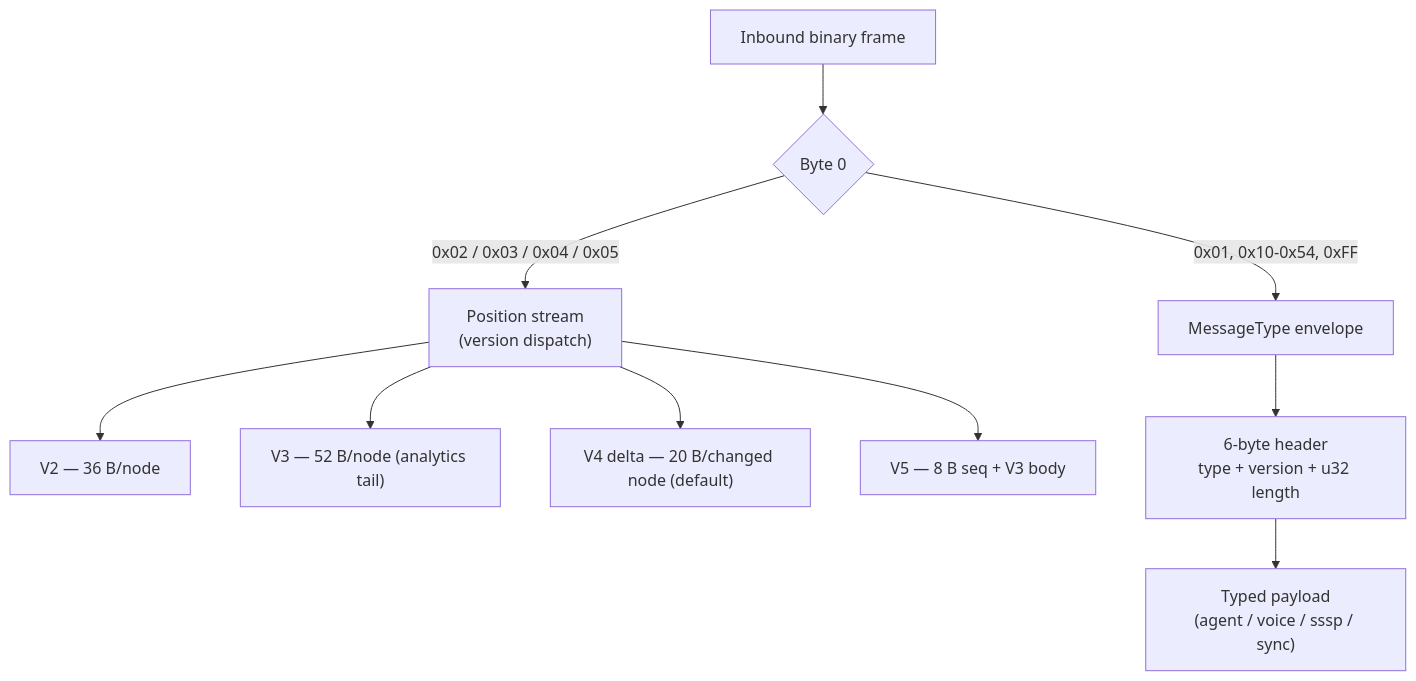
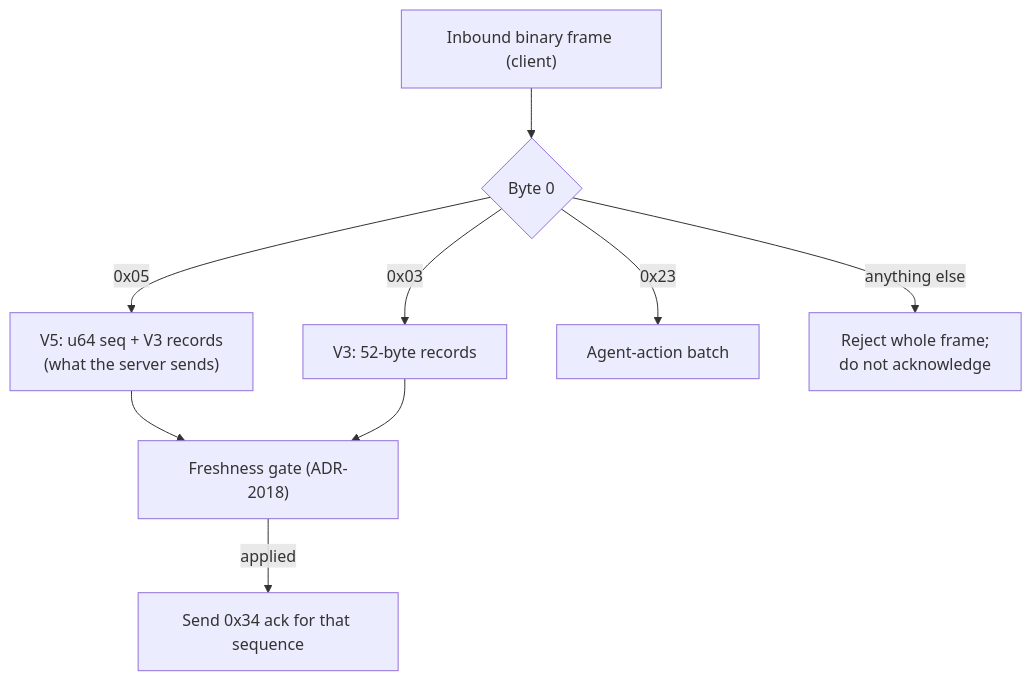
Before and after one commit to DreamLab-AI/VisionClaw: the diagram in docs/reference/binary-protocol.md, drawn with Mermaid. The commit also changed other lines of this file and 1 other file, not shown here.

First line of the commit message:
docs: binary-protocol.md describes the stream as it is now

````diff
--- a/docs/reference/binary-protocol.md
+++ b/docs/reference/binary-protocol.md
@@ -27,12 +43,11 @@
 ```mermaid
 flowchart TD
-    Frame["Inbound binary frame"] --> B0{"Byte 0"}
-    B0 -->|"0x02 / 0x03 / 0x04 / 0x05"| PStream["Position stream<br/>(version dispatch)"]
-    B0 -->|"0x01, 0x10-0x54, 0xFF"| Env["MessageType envelope"]
-    PStream --> V2["V2 — 36 B/node"]
-    PStream --> V3["V3 — 52 B/node (analytics tail)"]
-    PStream --> V4["V4 delta — 20 B/changed node (default)"]
-    PStream --> V5["V5 — 8 B seq + V3 body"]
-    Env --> Hdr["6-byte header<br/>type + version + u32 length"]
-    Hdr --> Pay["Typed payload<br/>(agent / voice / sssp / sync)"]
+    Frame["Inbound binary frame (client)"] --> B0{"Byte 0"}
+    B0 -->|"0x05"| V5["V5: u64 seq + V3 records<br/>(what the server sends)"]
+    B0 -->|"0x03"| V3["V3: 52-byte records"]
+    B0 -->|"0x23"| Act["Agent-action batch"]
+    B0 -->|"anything else"| Drop["Reject whole frame;<br/>do not acknowledge"]
+    V5 --> Gate["Freshness gate (ADR-2018)"]
+    V3 --> Gate
+    Gate -->|"applied"| Ack["Send 0x34 ack for that sequence"]
 ```
````
